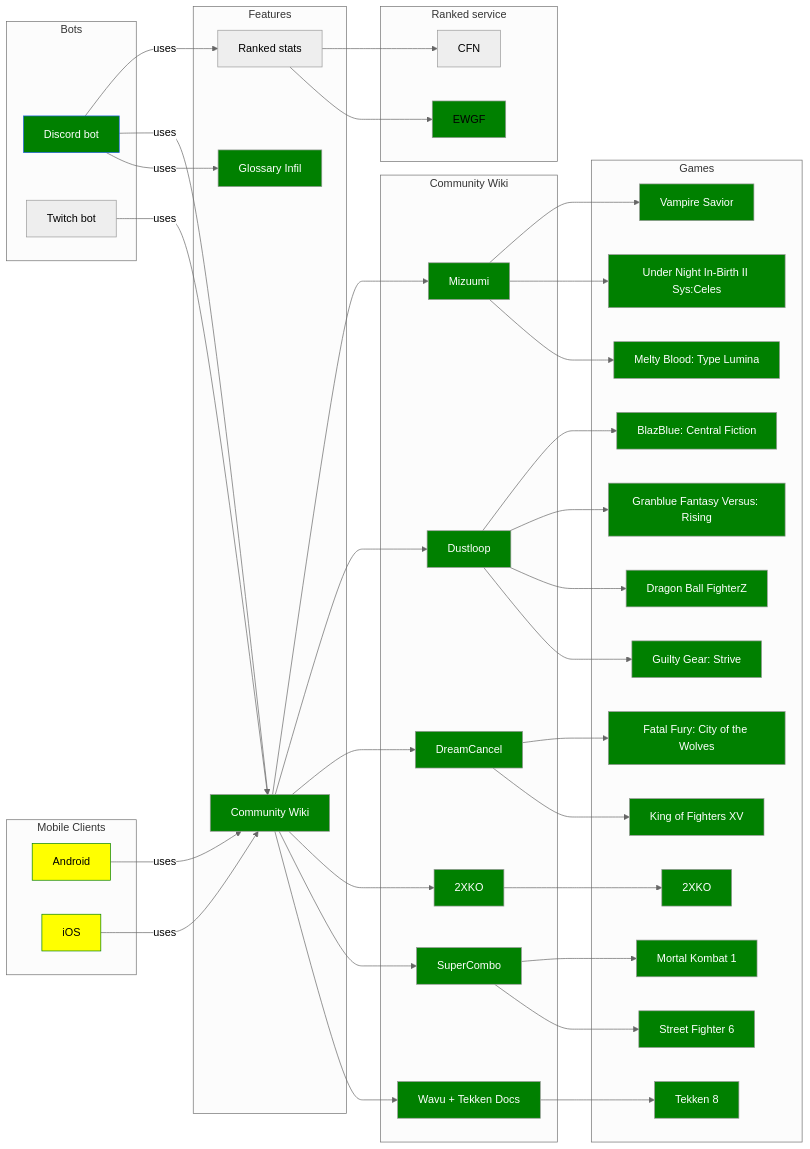
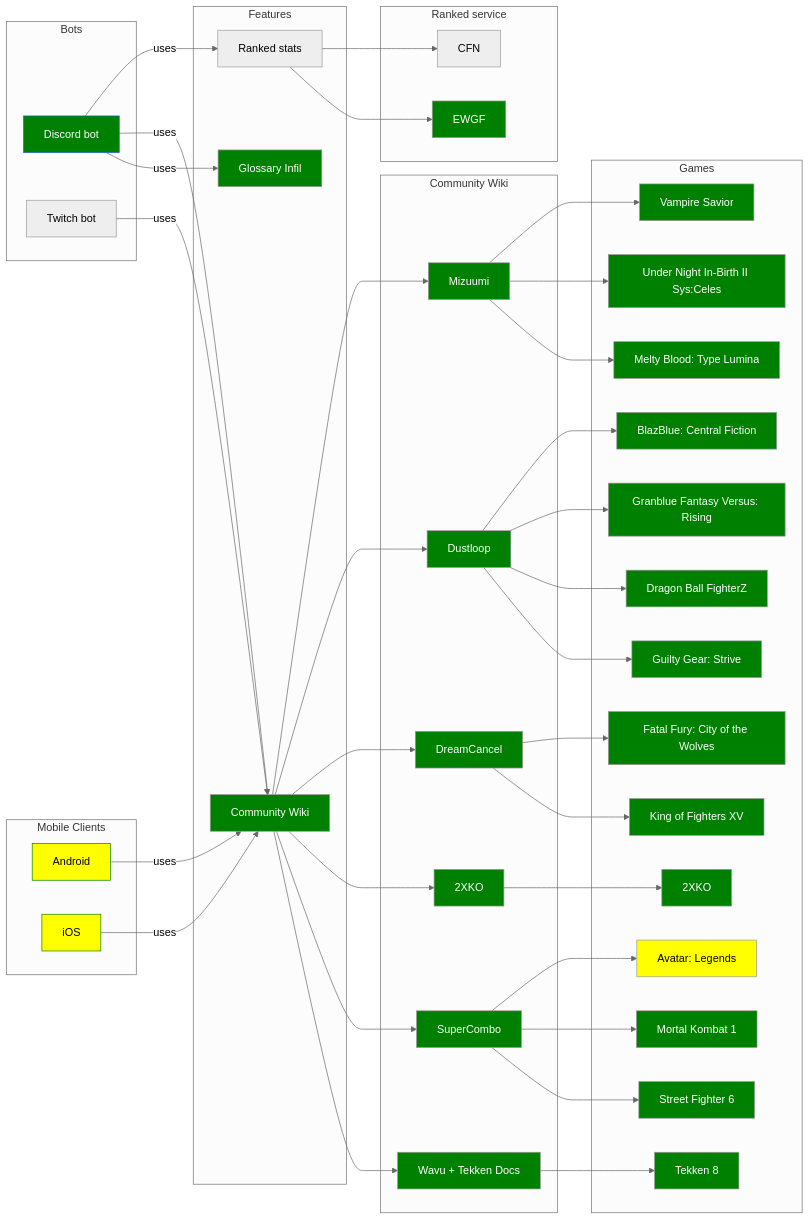
The diagram in mermaid/modules.mmd (Sophon/FightingNerd), drawn with Mermaid (neutral theme) before and after one commit. The commit also changed 22 other files, not shown here.

```diff
--- a/mermaid/modules.mmd
+++ b/mermaid/modules.mmd
@@ -1,109 +1,112 @@
 graph LR
     classDef green fill:green,color:#000
     classDef grey fill:lightgrey,color:#000
     classDef yellow fill:#FFEB3B,color:#000
 
     subgraph Bots
         discordBot[Discord bot]
         twitchBot[Twitch bot]
     end
 
     subgraph "Mobile Clients"
         android[Android]
         iOS[iOS]
     end
 
     subgraph Features
         glossaryInfil[Glossary Infil]
         communityWiki[Community Wiki]
         elo[Ranked stats]
     end
 
     subgraph Community Wiki
         wikiWavu[Wavu + Tekken Docs]
         supercombo[SuperCombo]
         2xko[2XKO]
         dustloop[Dustloop]
         dreamcancel[DreamCancel]
         mizuumi[Mizuumi]
     end
 
     subgraph Games
         t8[Tekken 8]
         sf6[Street Fighter 6]
         mk1[Mortal Kombat 1]
         ggst[Guilty Gear: Strive]
         dbfz[Dragon Ball FighterZ]
         gbvsr[Granblue Fantasy Versus: Rising]
         kof15[King of Fighters XV]
         cotw[Fatal Fury: City of the Wolves]
         xko[2XKO]
         melty[Melty Blood: Type Lumina]
         bbcf[BlazBlue: Central Fiction]
         uni2[Under Night In-Birth II Sys:Celes]
         vsav[Vampire Savior]
+        avl[Avatar: Legends]
     end
 
     subgraph Ranked service
         ewgf[EWGF]
         cfn[CFN]
     end
 
     android -->|uses| communityWiki
     iOS -->|uses| communityWiki
 
     discordBot -->|uses| glossaryInfil
     discordBot -->|uses| communityWiki
     discordBot -->|uses| elo
     twitchBot -->|uses| communityWiki
 
     communityWiki --> wikiWavu
     communityWiki --> supercombo
     communityWiki --> 2xko
     communityWiki --> dreamcancel
     communityWiki --> dustloop
     communityWiki --> mizuumi
 
     elo --> ewgf
     elo --> cfn
 
     wikiWavu --> t8
     supercombo --> sf6
     supercombo --> mk1
+    supercombo --> avl
     dustloop --> ggst
     dustloop --> dbfz
     dustloop --> gbvsr
     dustloop --> bbcf
     2xko --> xko
     dreamcancel --> kof15
     dreamcancel --> cotw
     mizuumi --> melty
     mizuumi --> uni2
     mizuumi --> vsav
 
 
     style discordBot fill:green,stroke:#2563EB, color:#fff
     style android fill:yellow,stroke:green, color:#000
     style iOS fill:yellow,stroke:green, color:#000
     style glossaryInfil fill:green, color:#fff
     style communityWiki fill:green, color:#fff
     style wikiWavu fill:green, color:#fff
     style supercombo fill:green, color:#fff
     style dreamcancel fill:green, color:#fff
     style dustloop fill:green, color:#fff
     style mizuumi fill:green, color:#fff
     style 2xko fill:green, color:#fff
     style t8 fill:green, color:#fff
     style sf6 fill:green, color:#fff
     style xko fill:green, color:#fff
     style kof15 fill:green, color:#fff
     style cotw fill:green, color:#fff
     style ggst fill:green, color:#fff
     style mk1 fill:green, color:#fff
     style dbfz fill:green, color:#fff
     style gbvsr fill:green, color:#fff
     style melty fill:green, color:#fff
     style bbcf fill:green, color:#fff
     style uni2 fill:green, color:#fff
     style vsav fill:green, color:#fff
-    style ewgf fill:green, color:#000
+    style ewgf fill:green, color:#fff
+    style avl fill:yellow, color:#000
```
